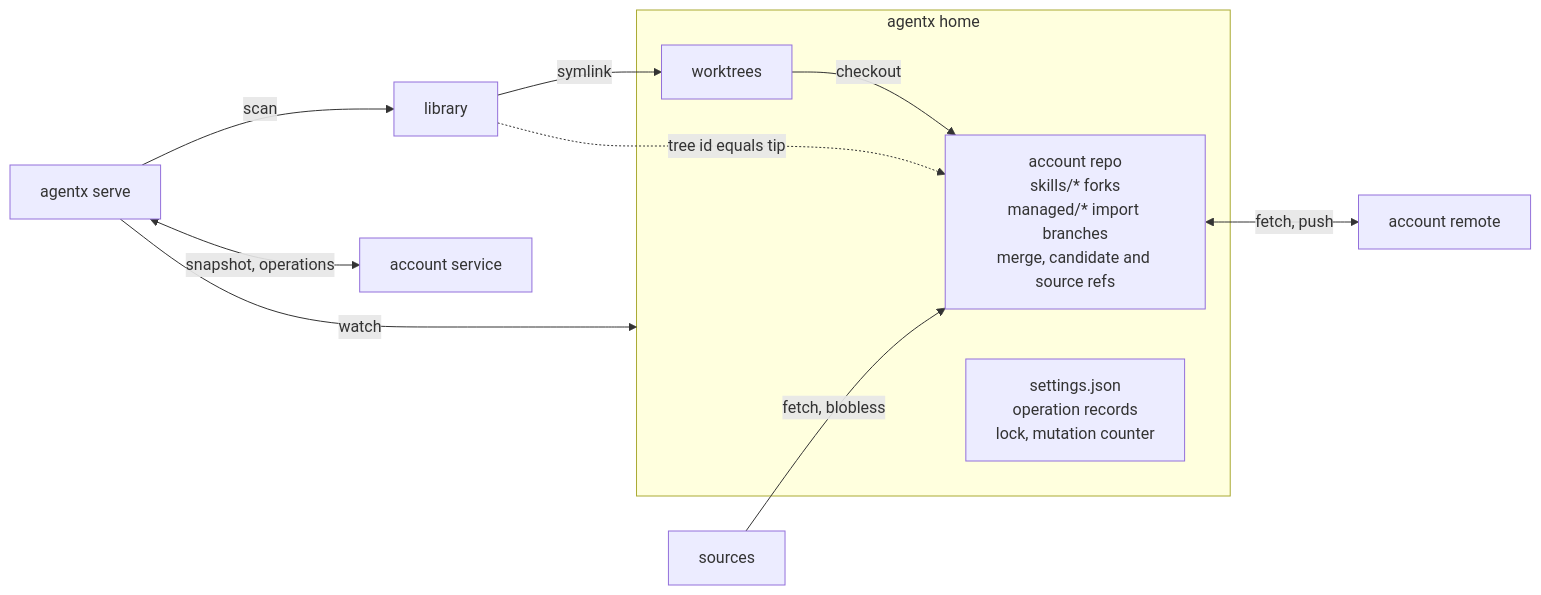
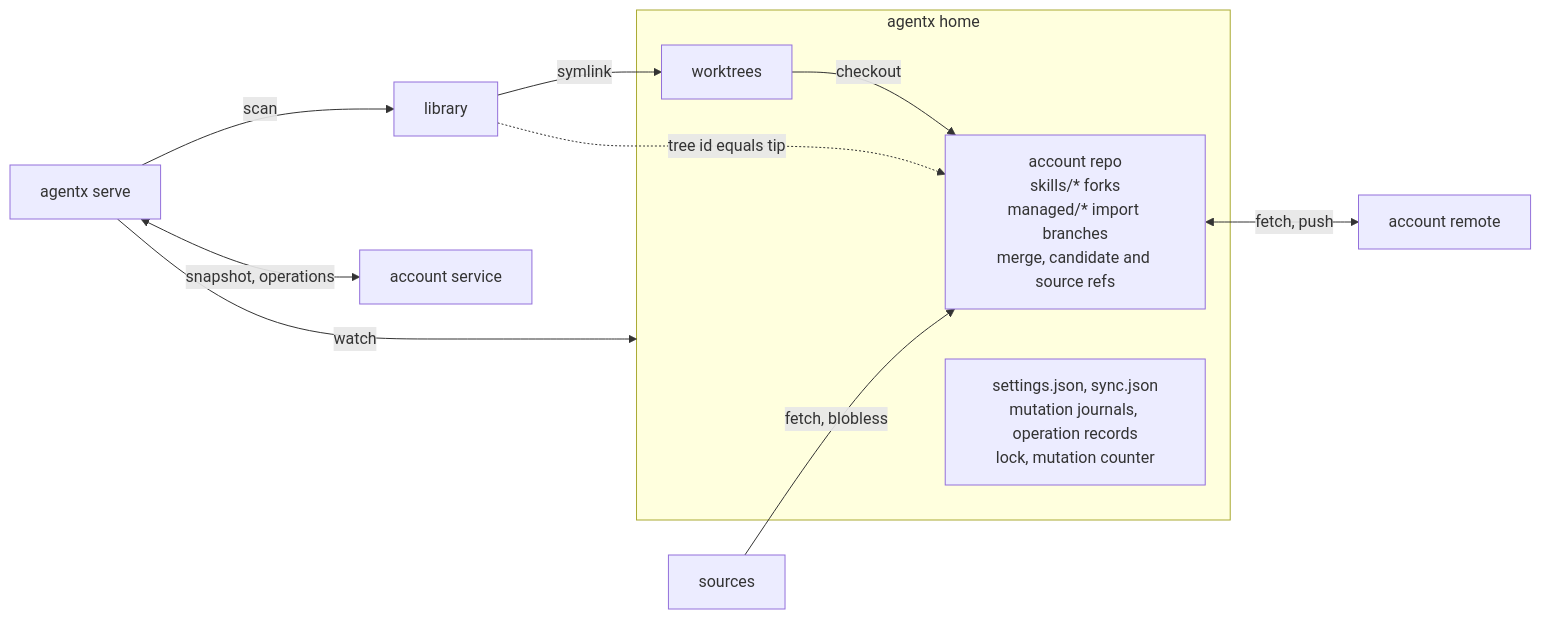
One commit to grundmanise/agentx changed the diagram in docs/adr/0004-no-local-database-git-holds-lineage-files-hold-machine-state.md. Above: the diagram before and after it, drawn with Mermaid. The commit also changed other lines of this file and 6 other files, not shown here.

````diff
--- a/docs/adr/0004-no-local-database-git-holds-lineage-files-hold-machine-state.md
+++ b/docs/adr/0004-no-local-database-git-holds-lineage-files-hold-machine-state.md
@@ -22,16 +24,16 @@
 ```mermaid
 flowchart LR
   subgraph home["agentx home"]
     repo["account repo<br/>skills/* forks<br/>managed/* import branches<br/>merge, candidate and source refs"]
     wt["worktrees"]
-    files["settings.json<br/>operation records<br/>lock, mutation counter"]
+    files["settings.json, sync.json<br/>mutation journals, operation records<br/>lock, mutation counter"]
   end
   lib["library"] -- symlink --> wt
   wt -- checkout --> repo
   lib -. tree id equals tip .-> repo
   sources["sources"] -- fetch, blobless --> repo
   repo <-- fetch, push --> remote["account remote"]
   serve["agentx serve"] -- scan --> lib
   serve -- watch --> home
   serve <-- snapshot, operations --> svc["account service"]
 ```
````
